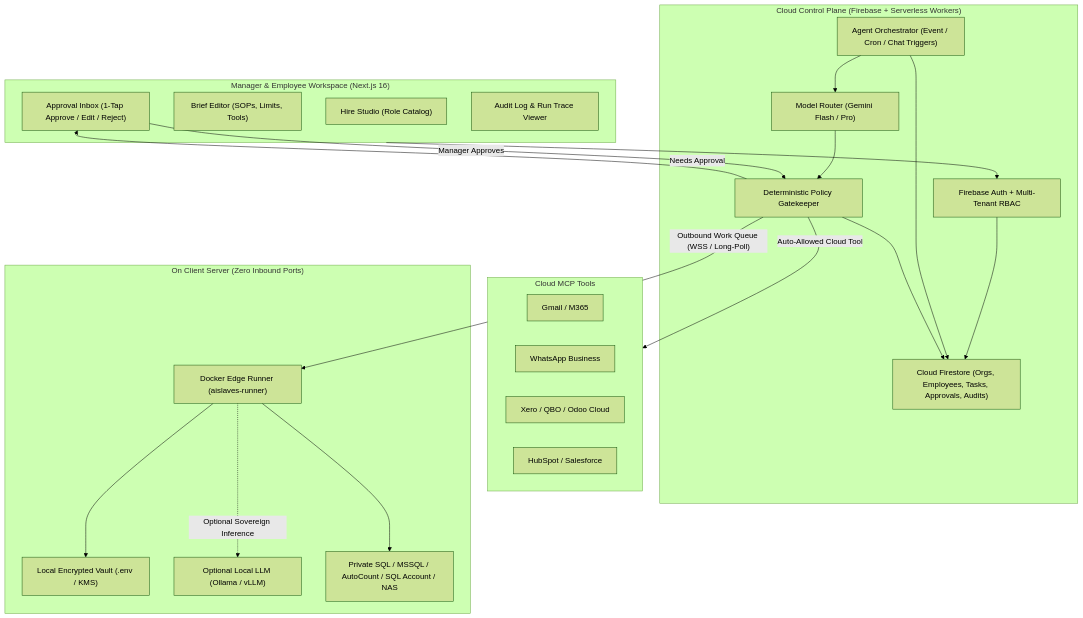
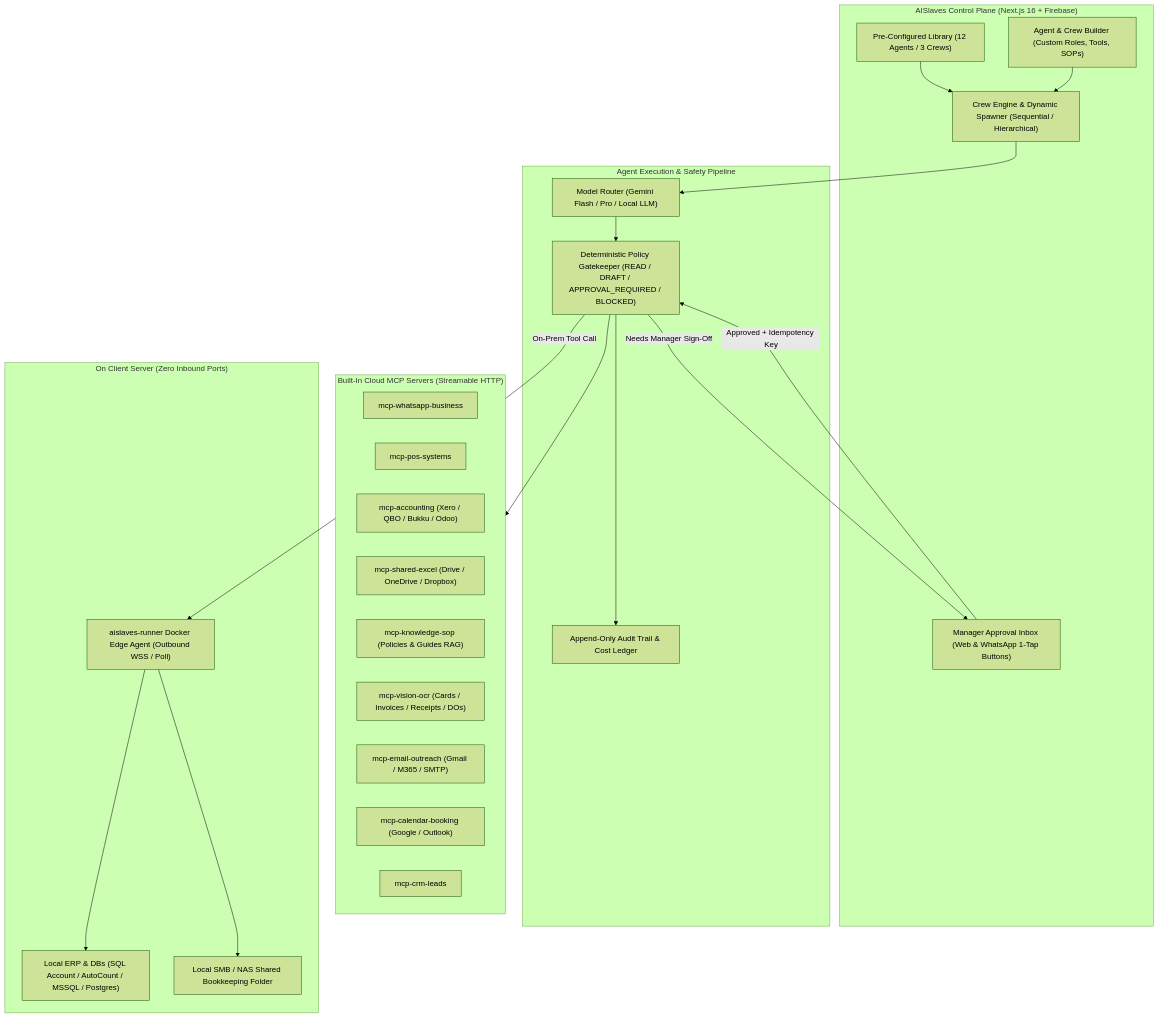
The first of 2 diagrams in IMPLEMENTATION_PLAN.md (drtim83/aislaves), drawn with Mermaid (forest theme) before and after one commit. The commit also changed other lines of this file and 1 other file, not shown here.

Commit message:
docs: expand plan with CrewAI-style spawner, MCP server hub, POS/Excel/Accounting, SOP RAG, and Card-to-Calendar sales crew

````diff
--- a/IMPLEMENTATION_PLAN.md
+++ b/IMPLEMENTATION_PLAN.md
@@ -27,44 +39,44 @@
 ```mermaid
 flowchart TB
-    subgraph ClientUI["Manager & Employee Workspace (Next.js 16)"]
-        HI["Hire Studio (Role Catalog)"]
-        BR["Brief Editor (SOPs, Limits, Tools)"]
-        INB["Approval Inbox (1-Tap Approve / Edit / Reject)"]
-        AUDV["Audit Log & Run Trace Viewer"]
+    subgraph Studio["AISlaves Control Plane (Next.js 16 + Firebase)"]
+        LIB["Pre-Configured Library (12 Agents / 3 Crews)"]
+        BUILD["Agent & Crew Builder (Custom Roles, Tools, SOPs)"]
+        SPAWNER["Crew Engine & Dynamic Spawner (Sequential / Hierarchical)"]
+        INBOX["Manager Approval Inbox (Web & WhatsApp 1-Tap Buttons)"]
     end
 
-    subgraph CloudCP["Cloud Control Plane (Firebase + Serverless Workers)"]
-        AUTH["Firebase Auth + Multi-Tenant RBAC"]
-        DB["Cloud Firestore (Orgs, Employees, Tasks, Approvals, Audits)"]
-        ORCH["Agent Orchestrator (Event / Cron / Chat Triggers)"]
-        GATE["Deterministic Policy Gatekeeper"]
-        LLM["Model Router (Gemini Flash / Pro)"]
+    subgraph Runtime["Agent Execution & Safety Pipeline"]
+        ROUTER["Model Router (Gemini Flash / Pro / Local LLM)"]
+        GATE["Deterministic Policy Gatekeeper (READ / DRAFT / APPROVAL_REQUIRED / BLOCKED)"]
+        AUDIT["Append-Only Audit Trail & Cost Ledger"]
     end
 
-    subgraph CloudExt["Cloud MCP Tools"]
-        GMAIL["Gmail / M365"]
-        WA["WhatsApp Business"]
-        ACCT["Xero / QBO / Odoo Cloud"]
-        CRM["HubSpot / Salesforce"]
+    subgraph CloudMCP["Built-In Cloud MCP Servers (Streamable HTTP)"]
+        M_WA["mcp-whatsapp-business"]
+        M_POS["mcp-pos-systems"]
+        M_ACC["mcp-accounting (Xero / QBO / Bukku / Odoo)"]
+        M_XLS["mcp-shared-excel (Drive / OneDrive / Dropbox)"]
+        M_SOP["mcp-knowledge-sop (Policies & Guides RAG)"]
+        M_OCR["mcp-vision-ocr (Cards / Invoices / Receipts / DOs)"]
+        M_MAIL["mcp-email-outreach (Gmail / M365 / SMTP)"]
+        M_CAL["mcp-calendar-booking (Google / Outlook)"]
+        M_CRM["mcp-crm-leads"]
     end
 
-    subgraph OnPrem["On Client Server (Zero Inbound Ports)"]
-        RUNNER["Docker Edge Runner (aislaves-runner)"]
-        SECRETS["Local Encrypted Vault (.env / KMS)"]
-        LOCAL_LLM["Optional Local LLM (Ollama / vLLM)"]
-        LOCAL_ERP["Private SQL / MSSQL / AutoCount / SQL Account / NAS"]
+    subgraph ClientPrem["On Client Server (Zero Inbound Ports)"]
+        EDGE["aislaves-runner Docker Edge Agent (Outbound WSS / Poll)"]
+        L_ERP["Local ERP & DBs (SQL Account / AutoCount / MSSQL / Postgres)"]
+        L_XLS["Local SMB / NAS Shared Bookkeeping Folder"]
     end
 
-    ClientUI --> AUTH --> DB
-    ORCH --> DB
-    ORCH --> LLM
-    LLM --> GATE
-    GATE -->|"Needs Approval"| INB
-    GATE -->|"Auto-Allowed Cloud Tool"| CloudExt
-    GATE -->|"Outbound Work Queue (WSS / Long-Poll)"| RUNNER
-    INB -->|"Manager Approves"| GATE
-    RUNNER --> SECRETS
-    RUNNER --> LOCAL_ERP
-    RUNNER -.->|"Optional Sovereign Inference"| LOCAL_LLM
-    GATE --> DB
+    LIB --> SPAWNER
+    BUILD --> SPAWNER
+    SPAWNER --> ROUTER --> GATE
+    GATE -->|"Needs Manager Sign-Off"| INBOX
+    INBOX -->|"Approved + Idempotency Key"| GATE
+    GATE --> CloudMCP
+    GATE -->|"On-Prem Tool Call"| EDGE
+    EDGE --> L_ERP
+    EDGE --> L_XLS
+    GATE --> AUDIT
 ```
````
